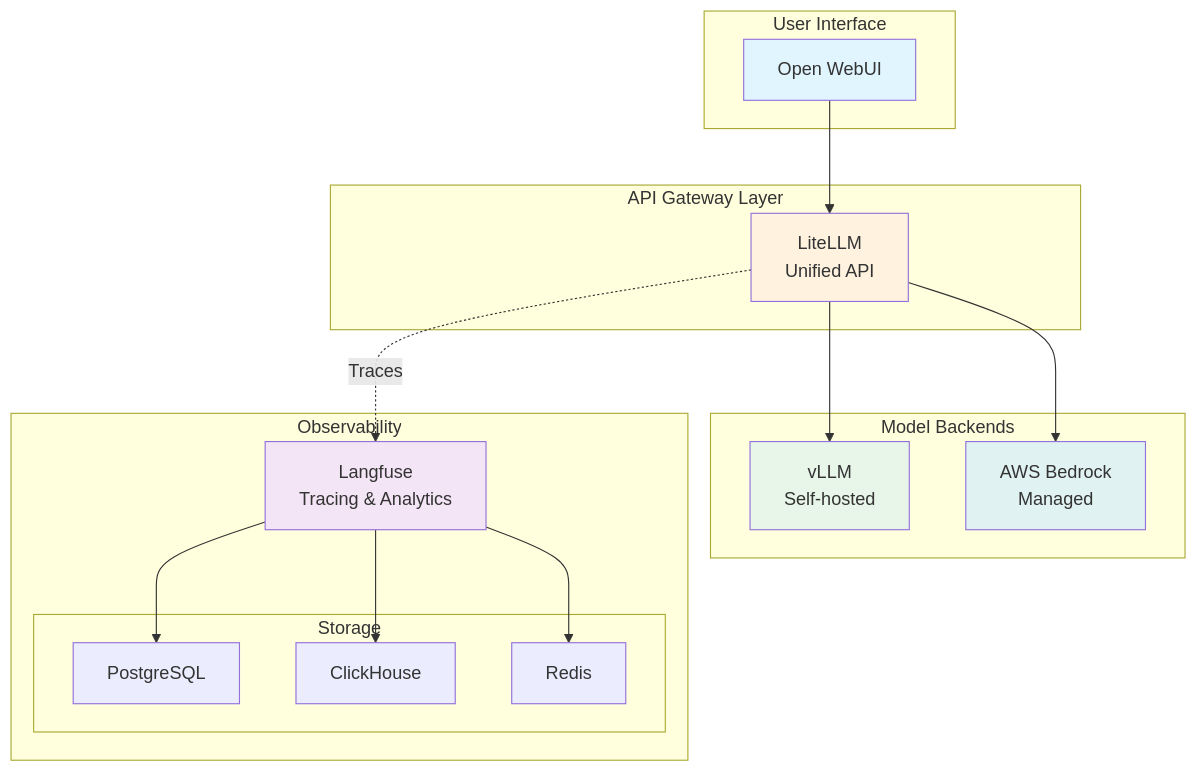
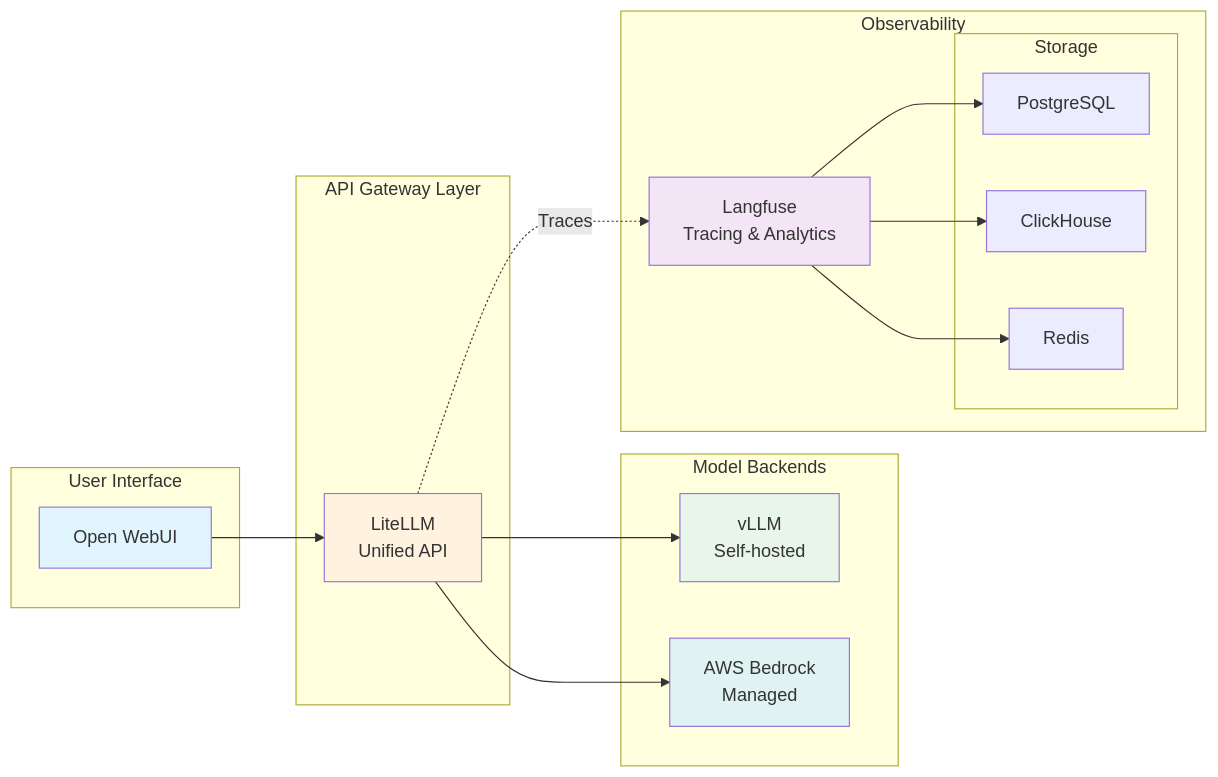
One commit to aws-samples/sample-genai-on-eks-starter-kit changed the diagram in workshops/eks-genai-workshop/content/module2-genai-components/index.en.md. Above: the diagram before and after it, drawn with Mermaid. The commit also changed other lines of this file and 10 other files, not shown here.

````diff
--- a/workshops/eks-genai-workshop/content/module2-genai-components/index.en.md
+++ b/workshops/eks-genai-workshop/content/module2-genai-components/index.en.md
@@ -24,38 +22,38 @@
 ```mermaid
-graph TB
+graph LR
     subgraph "User Interface"
         OW[Open WebUI]
     end
     
     subgraph "API Gateway Layer"
         LL[LiteLLM<br/>Unified API]
     end
     
     subgraph "Model Backends"
         VLLM[vLLM<br/>Self-hosted]
         BEDROCK[AWS Bedrock<br/>Managed]
     end
     
     subgraph "Observability"
         LF[Langfuse<br/>Tracing & Analytics]
         subgraph "Storage"
             PG[PostgreSQL]
             CH[ClickHouse]
             REDIS[Redis]
         end
     end
     
     OW --> LL
     LL --> VLLM
     LL --> BEDROCK
     LL -.->|Traces| LF
     LF --> PG
     LF --> CH
     LF --> REDIS
     
     style OW fill:#e1f5fe
     style LL fill:#fff3e0
     style LF fill:#f3e5f5
     style VLLM fill:#e8f5e9
     style BEDROCK fill:#e0f2f1
 ```
````
